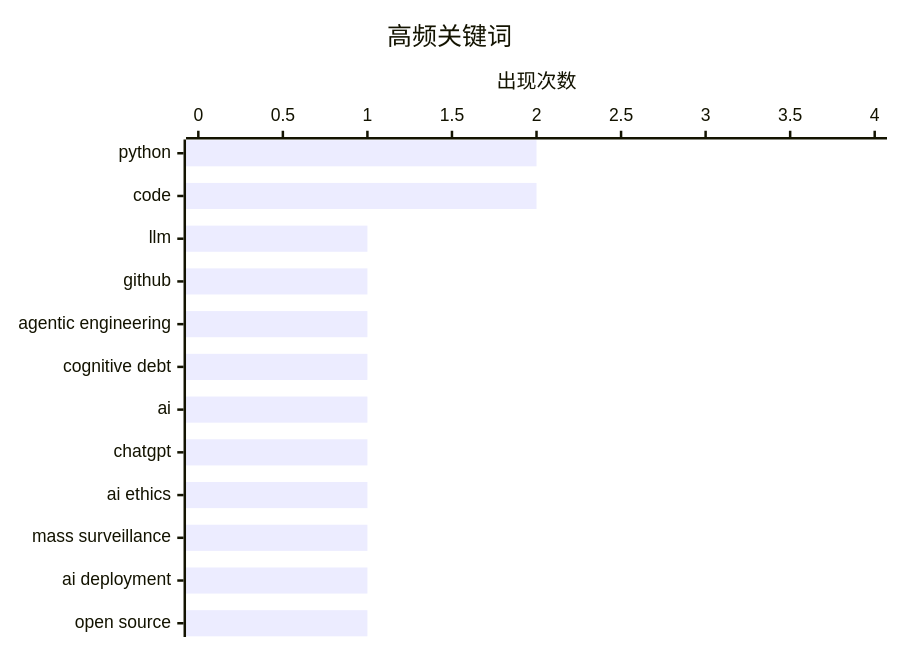
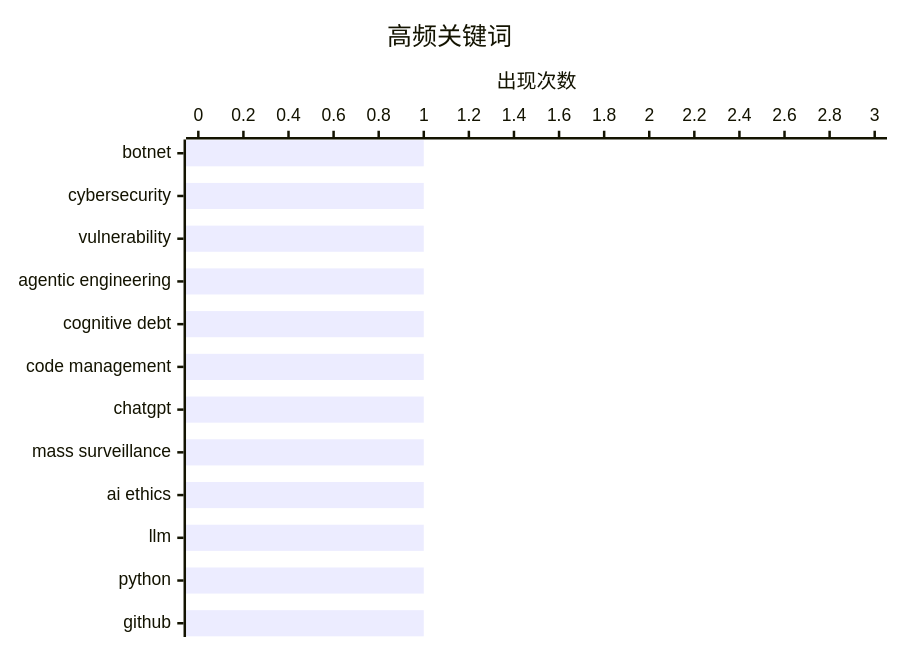
Before and after one commit to gitmeus/daily-reports: the second of 2 diagrams in digest-20260301.md, drawn with Mermaid. The commit also changed other lines of this file, not shown here.

````diff
--- a/digest-20260301.md
+++ b/digest-20260301.md
@@ -60,7 +66,7 @@
 ```mermaid
 xychart-beta horizontal
     title "高频关键词"
-    x-axis ["python", "code", "llm", "github", "agentic engineering", "cognitive debt", "ai", "chatgpt", "ai ethics", "mass surveillance", "ai deployment", "open source"]
-    y-axis "出现次数" 0 --> 4
-    bar [2, 2, 1, 1, 1, 1, 1, 1, 1, 1, 1, 1]
+    x-axis ["botnet", "cybersecurity", "vulnerability", "agentic engineering", "cognitive debt", "code management", "chatgpt", "mass surveillance", "ai ethics", "llm", "python", "github"]
+    y-axis "出现次数" 0 --> 3
+    bar [1, 1, 1, 1, 1, 1, 1, 1, 1, 1, 1, 1]
 ```
````
